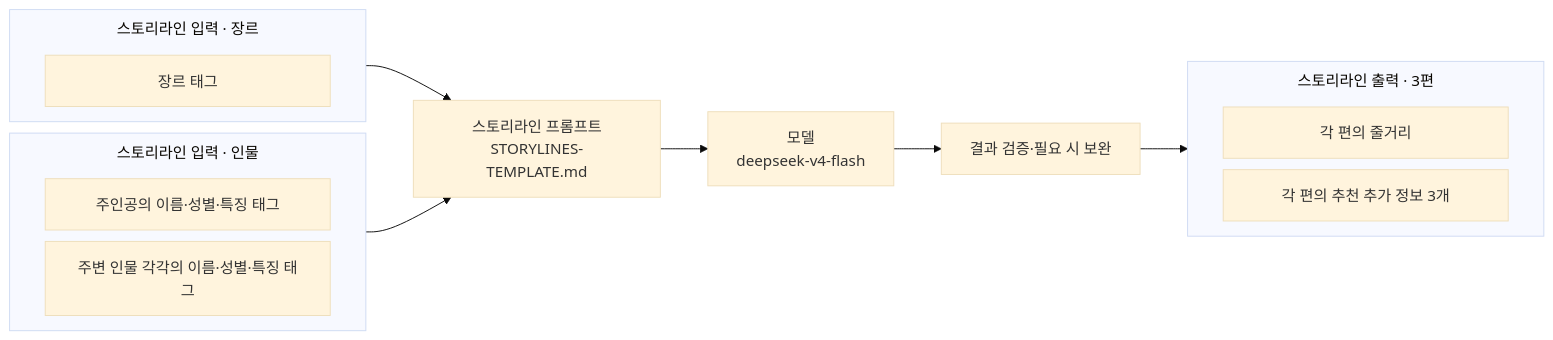
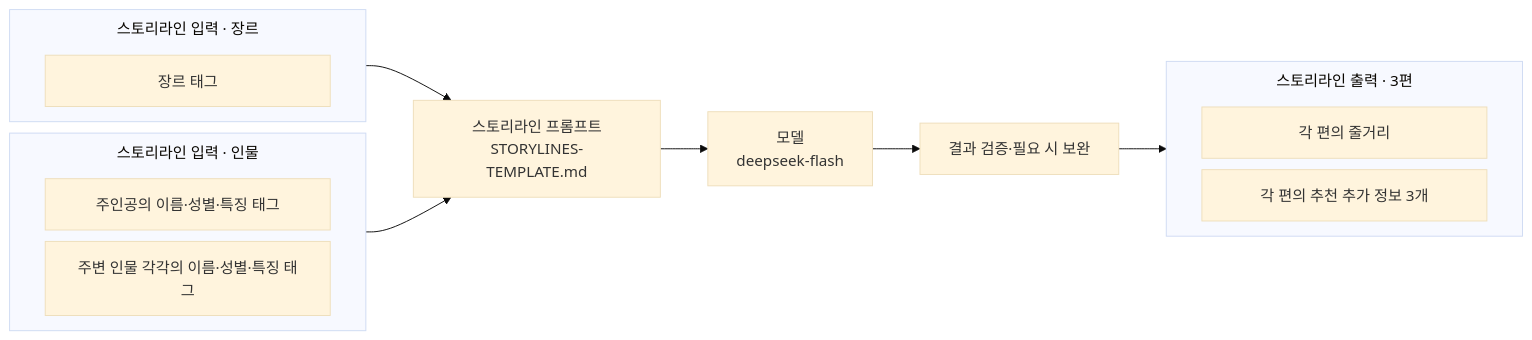
Before and after one commit to KIM-N-KANG/knk-harness: the second of 18 diagrams in docs/spec/5-ai-server-spec.md, drawn with Mermaid (base theme). The commit also changed other lines of this file and 2 other files, not shown here.

````diff
--- a/docs/spec/5-ai-server-spec.md
+++ b/docs/spec/5-ai-server-spec.md
@@ -91,25 +91,25 @@
 ```mermaid
 %%{init: {"flowchart": {"nodeSpacing": 12, "subGraphTitleMargin": {"top": 8, "bottom": 24}}}}%%
 flowchart LR
     subgraph G["스토리라인 입력 · 장르"]
         direction LR
         G_item1["<div style='width:240px;text-align:center;'><span>장르 태그</span></div>"]
     end
     subgraph C["스토리라인 입력 · 인물"]
         direction LR
         C_item1["<div style='width:240px;text-align:center;'><span>주인공의 이름·성별·특징 태그</span></div>"]
         C_item2["<div style='width:240px;text-align:center;'><span>주변 인물 각각의 이름·성별·특징 태그</span></div>"]
     end
     P["스토리라인 프롬프트<br/>STORYLINES-TEMPLATE.md"]
-    M["모델<br/>deepseek-v4-flash"]
+    M["모델<br/>deepseek-flash"]
     subgraph O["스토리라인 출력 · 3편"]
         direction LR
         O_item1["<div style='width:240px;text-align:center;'><span>각 편의 줄거리</span></div>"]
         O_item2["<div style='width:240px;text-align:center;'><span>각 편의 추천 추가 정보 3개</span></div>"]
     end
     G --> P
     C --> P
     P --> M
     M --> V["결과 검증·필요 시 보완"]
     V --> O
 ```
````
